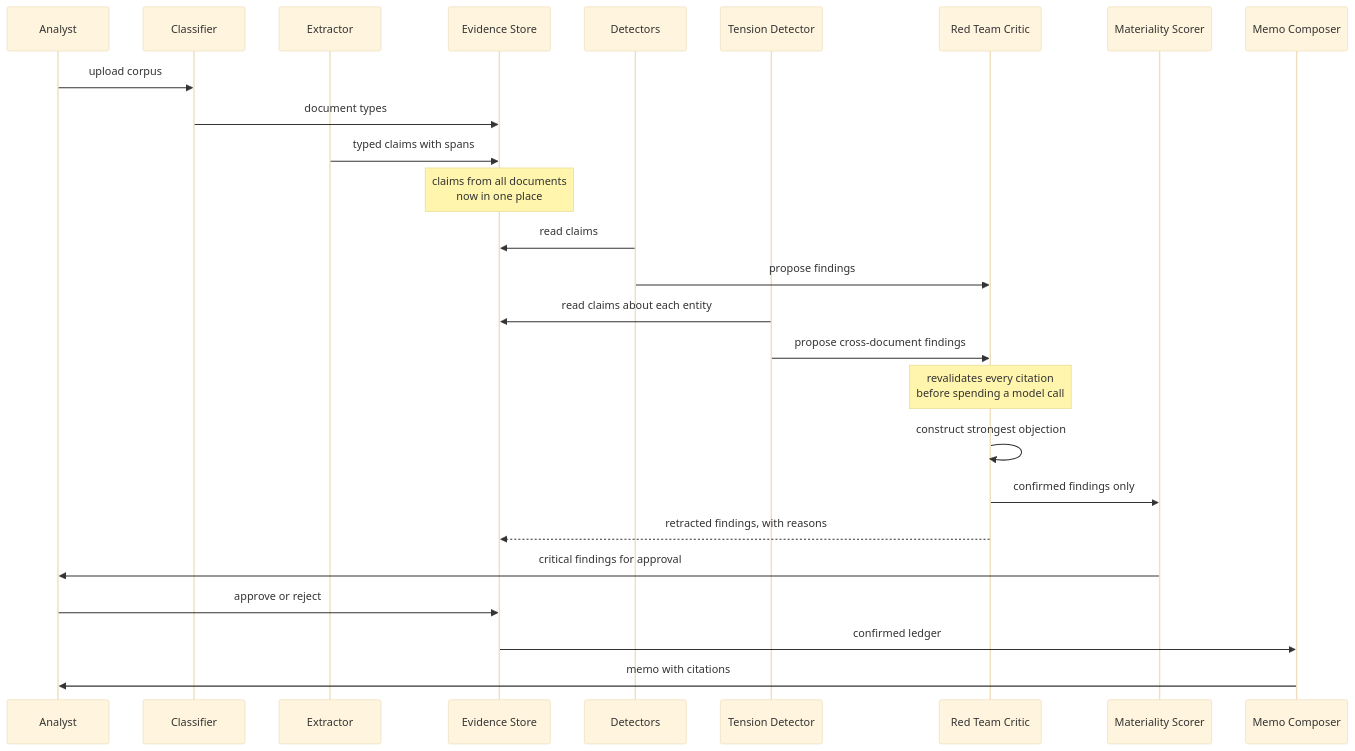
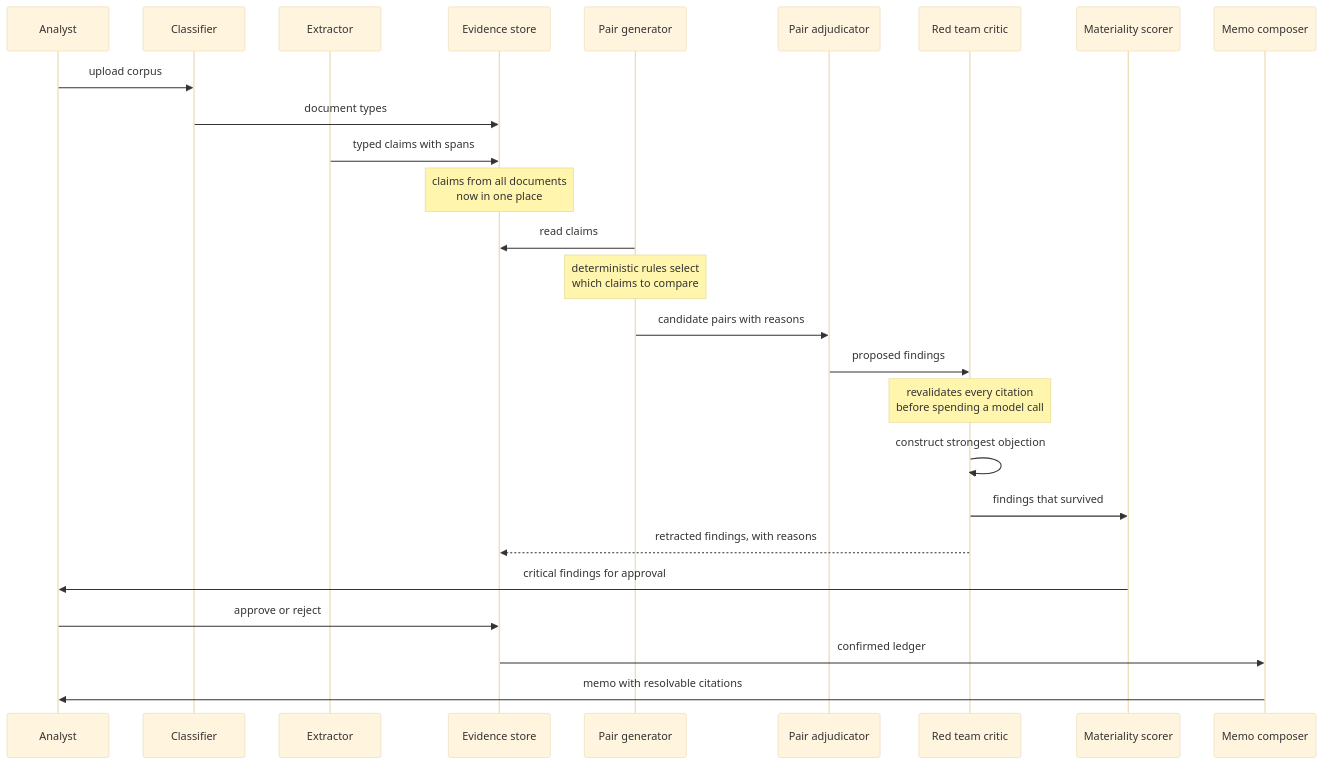
The second of 3 diagrams in docs/02-multi-agent-design.md (harnoorcodes/loupe), drawn with Mermaid (base theme) before and after one commit. The commit also changed other lines of this file and 2 other files, not shown here.

````diff
--- a/docs/02-multi-agent-design.md
+++ b/docs/02-multi-agent-design.md
@@ -227,32 +283,32 @@
 ```mermaid
 sequenceDiagram
     participant U as Analyst
     participant CL as Classifier
     participant EX as Extractor
-    participant ST as Evidence Store
-    participant DT as Detectors
-    participant TD as Tension Detector
-    participant RC as Red Team Critic
-    participant MS as Materiality Scorer
-    participant MC as Memo Composer
+    participant ST as Evidence store
+    participant CG as Pair generator
+    participant PA as Pair adjudicator
+    participant RC as Red team critic
+    participant MS as Materiality scorer
+    participant MC as Memo composer
 
     U->>CL: upload corpus
     CL->>ST: document types
     EX->>ST: typed claims with spans
     Note over ST: claims from all documents<br/>now in one place
 
-    DT->>ST: read claims
-    DT->>RC: propose findings
-    TD->>ST: read claims about each entity
-    TD->>RC: propose cross-document findings
+    CG->>ST: read claims
+    Note over CG: deterministic rules select<br/>which claims to compare
+    CG->>PA: candidate pairs with reasons
+    PA->>RC: proposed findings
 
     Note over RC: revalidates every citation<br/>before spending a model call
     RC->>RC: construct strongest objection
-    RC->>MS: confirmed findings only
+    RC->>MS: findings that survived
     RC-->>ST: retracted findings, with reasons
 
     MS->>U: critical findings for approval
     U->>ST: approve or reject
     ST->>MC: confirmed ledger
-    MC->>U: memo with citations
+    MC->>U: memo with resolvable citations
 ```
````
